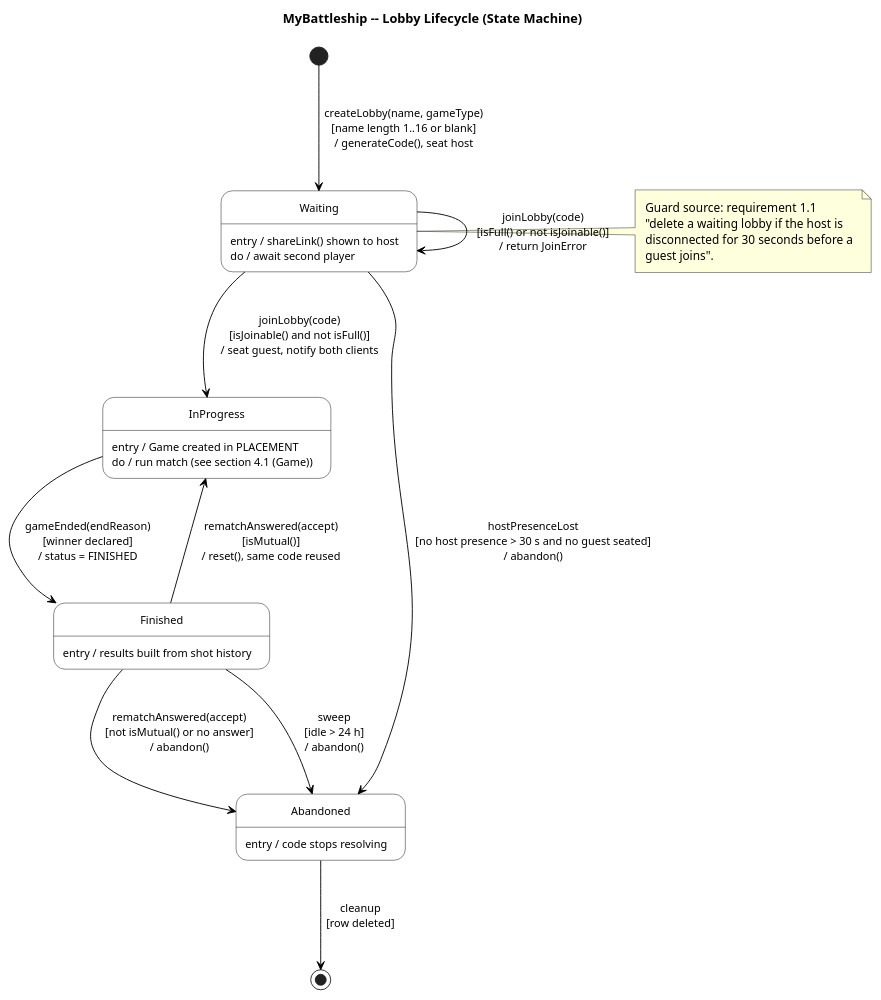
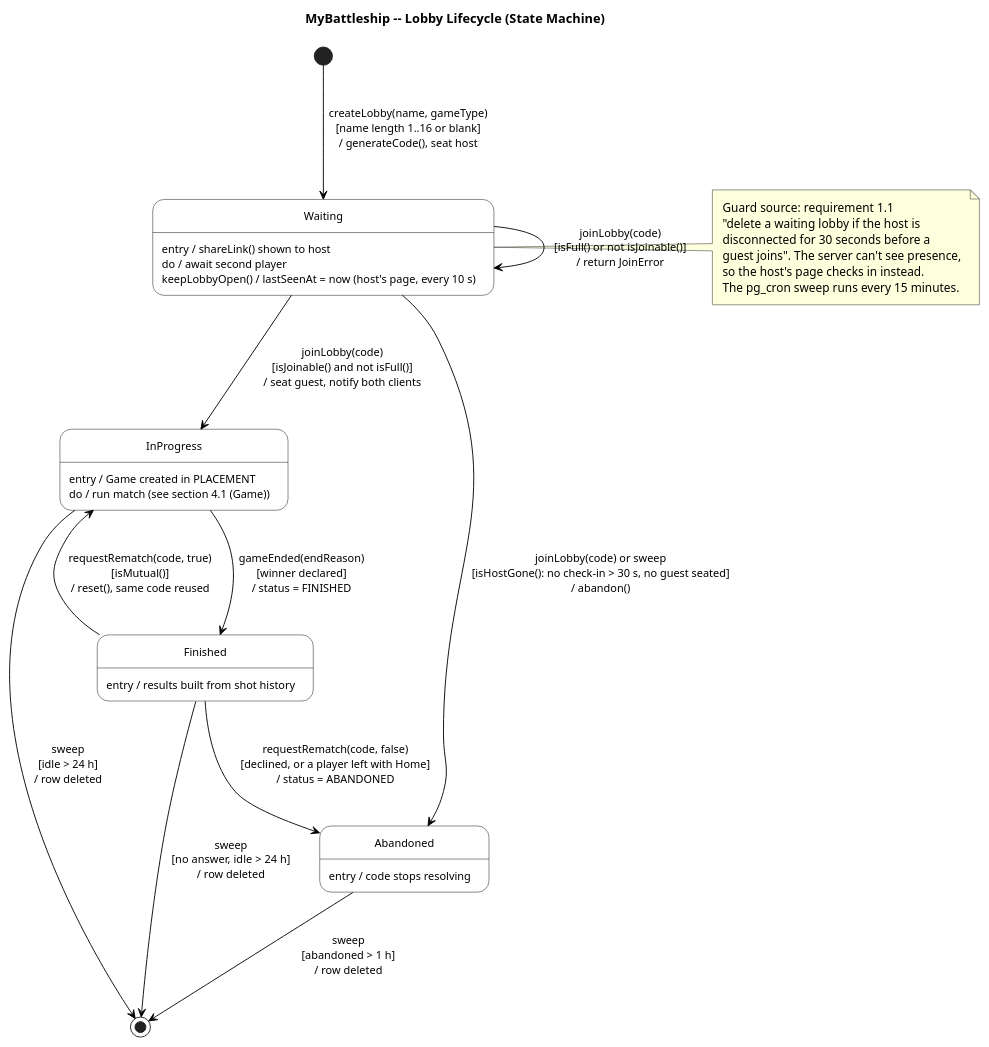
Before and after one commit to queeeety/battleship-online: the diagram in docs/uml/state/lobby.puml, drawn with PlantUML. The commit also changed 10 other files, not shown here.

Commit message:
Stage 6 UML's updated

```diff
--- a/docs/uml/state/lobby.puml
+++ b/docs/uml/state/lobby.puml
@@ -1,49 +1,53 @@
 @startuml 4_2_Lobby_StateMachine
 ' MyBattleship -- GroupXXAssign2.pdf, section 4.2: Lobby (state diagram)
 ' Models the Lobby class lifecycle (LobbyStatus enum from the analysis class list).
 title MyBattleship -- Lobby Lifecycle (State Machine)
 
 hide empty description
 skinparam nodesep 55
 skinparam ranksep 75
 skinparam padding 5
 skinparam defaultFontSize 13
 skinparam ArrowFontSize 12
 skinparam StateFontSize 14
 skinparam StateAttributeFontSize 12
 skinparam state {
   BackgroundColor White
   BorderColor Black
   ArrowColor Black
 }
 
 [*] --> Waiting : createLobby(name, gameType)\n[name length 1..16 or blank]\n/ generateCode(), seat host
 
 state Waiting : entry / shareLink() shown to host
 state Waiting : do / await second player
+state Waiting : keepLobbyOpen() / lastSeenAt = now (host's page, every 10 s)
 
 state InProgress : entry / Game created in PLACEMENT
 state InProgress : do / run match (see section 4.1 (Game))
 
 state Finished : entry / results built from shot history
 state Abandoned : entry / code stops resolving
 
 Waiting --> Waiting : joinLobby(code)\n[isFull() or not isJoinable()]\n/ return JoinError
 Waiting --> InProgress : joinLobby(code)\n[isJoinable() and not isFull()]\n/ seat guest, notify both clients
-Waiting --> Abandoned : hostPresenceLost\n[no host presence > 30 s and no guest seated]\n/ abandon()
+Waiting --> Abandoned : joinLobby(code) or sweep\n[isHostGone(): no check-in > 30 s, no guest seated]\n/ abandon()
 
 InProgress --> Finished : gameEnded(endReason)\n[winner declared]\n/ status = FINISHED
+InProgress --> [*] : sweep\n[idle > 24 h]\n/ row deleted
 
-Finished --> InProgress : rematchAnswered(accept)\n[isMutual()]\n/ reset(), same code reused
-Finished --> Abandoned : rematchAnswered(accept)\n[not isMutual() or no answer]\n/ abandon()
-Finished --> Abandoned : sweep\n[idle > 24 h]\n/ abandon()
+Finished --> InProgress : requestRematch(code, true)\n[isMutual()]\n/ reset(), same code reused
+Finished --> Abandoned : requestRematch(code, false)\n[declined, or a player left with Home]\n/ status = ABANDONED
+Finished --> [*] : sweep\n[no answer, idle > 24 h]\n/ row deleted
 
-Abandoned --> [*] : cleanup\n[row deleted]
+Abandoned --> [*] : sweep\n[abandoned > 1 h]\n/ row deleted
 
 note right of Waiting
   Guard source: requirement 1.1
   "delete a waiting lobby if the host is
   disconnected for 30 seconds before a
-  guest joins".
+  guest joins". The server can't see presence,
+  so the host's page checks in instead.
+  The pg_cron sweep runs every 15 minutes.
 end note
 @enduml
```
